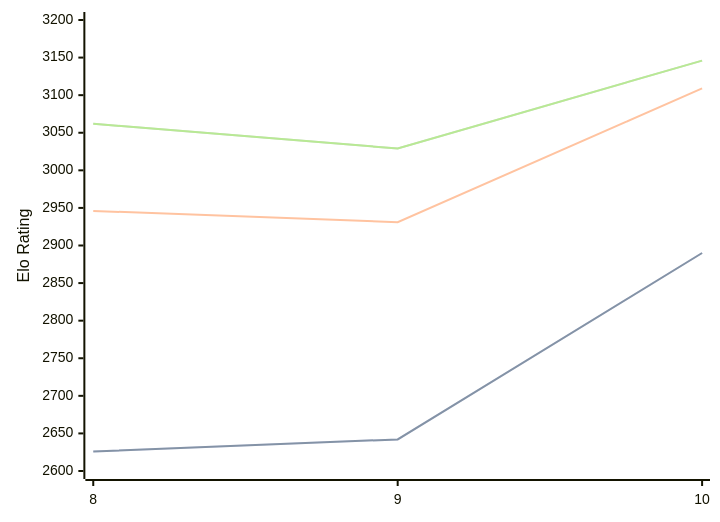
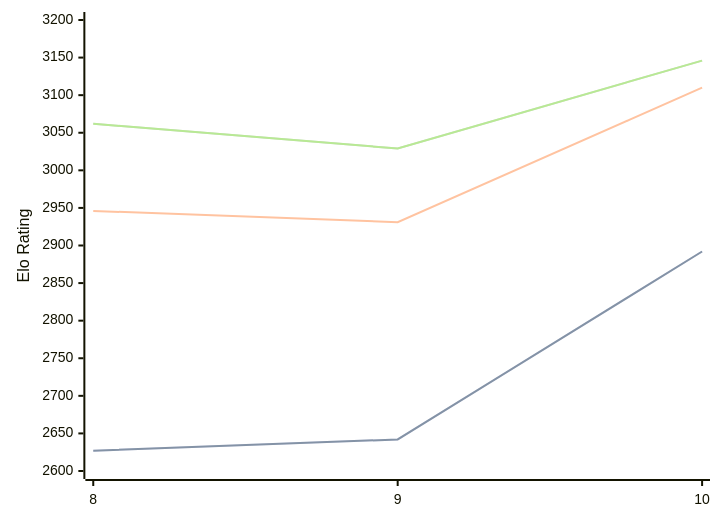
Before and after one commit to computer-chess-index/cci: the diagram in engines/Lozza.md, drawn with Mermaid. The commit also changed other lines of this file, not shown here.

````diff
--- a/engines/Lozza.md
+++ b/engines/Lozza.md
@@ -41,11 +41,11 @@
 ```mermaid
 %%{init: {"theme":"base","themeVariables":{"seriesColors:['#a3a3a3','#222221','#faa371']}}}%%
 xychart-beta
   x-axis ["8", "9", "10"]
   y-axis "Elo Rating" 2600 --> 3200
-  line "STC (8.0+0.08s)" [2626, 2642, 2890]
-  line "STC (8.0+0.08s)" [2626, 2642, 2890]
-  line "LTC (60.0+0.60s)" [2946, 2931, 3109]
+  line "STC (8.0+0.08s)" [2627, 2642, 2892]
+  line "STC (8.0+0.08s)" [2627, 2642, 2892]
+  line "LTC (60.0+0.60s)" [2946, 2931, 3110]
   line "VLTC (2m24s+1.12s)" [3062, 3029, 3146]
   line "VLTC (2m24s+1.12s)" [3062, 3029, 3146]
 ```
````
